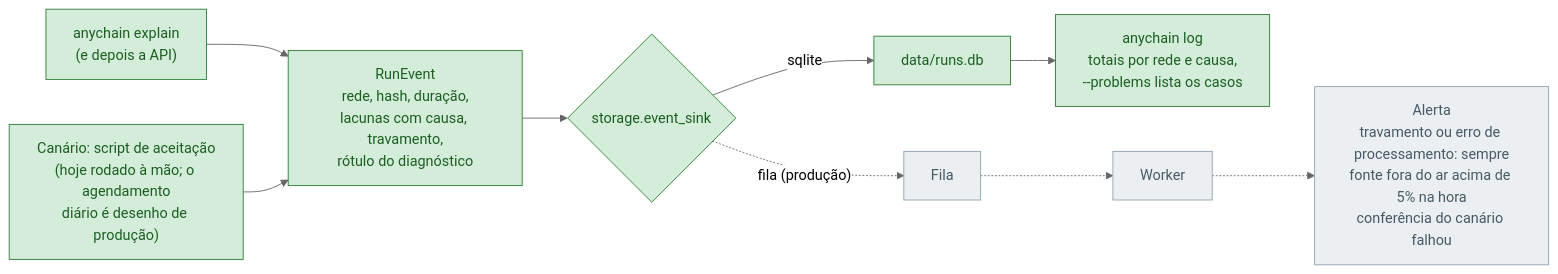
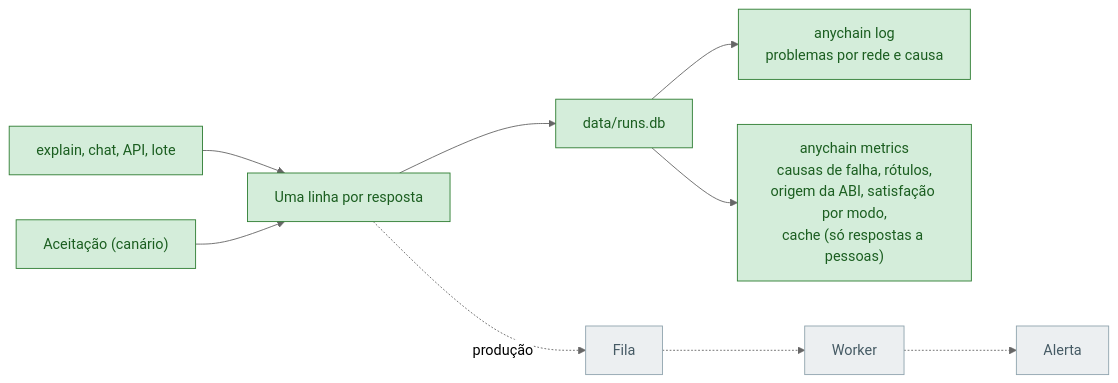
One commit to Ebaoj/anychain changed the ninth of 9 diagrams in docs/ARCHITECTURE.pt-BR.md. Above: the diagram before and after it, drawn with Mermaid (neutral theme). The commit also changed other lines of this file, not shown here.

Commit message:
Architecture (pt-BR): Phase 3 up to T5, a one-minute overview, how the diagnosis decides, the chat, quality

````diff
--- a/docs/ARCHITECTURE.pt-BR.md
+++ b/docs/ARCHITECTURE.pt-BR.md
@@ -236,16 +340,16 @@
 ```mermaid
 flowchart LR
-    EX["anychain explain<br/>(e depois a API)"] --> EV["RunEvent<br/>rede, hash, duração,<br/>lacunas com causa, travamento,<br/>rótulo do diagnóstico"]
-    CAN["Canário: script de aceitação<br/>(hoje rodado à mão; o agendamento<br/>diário é desenho de produção)"] --> EV
-    EV --> SINK{"storage.event_sink"}
-    SINK -->|sqlite| DBL["data/runs.db"]
-    DBL --> Q["anychain log<br/>totais por rede e causa,<br/>--problems lista os casos"]
-    SINK -.->|"fila (produção)"| QUEUE["Fila"]
+    EX["explain, chat, API, lote"] --> EV["Uma linha por resposta"]
+    CAN["Aceitação (canário)"] --> EV
+    EV --> DBL["data/runs.db"]
+    DBL --> Q["anychain log<br/>problemas por rede e causa"]
+    DBL --> MT["anychain metrics<br/>causas de falha, rótulos,<br/>origem da ABI, satisfação por modo,<br/>cache (só respostas a pessoas)"]
+    EV -.->|"produção"| QUEUE["Fila"]
     QUEUE -.-> W["Worker"]
-    W -.-> AL["Alerta<br/>travamento ou erro de processamento: sempre<br/>fonte fora do ar acima de 5% na hora<br/>conferência do canário falhou"]
+    W -.-> AL["Alerta"]
 
     classDef done fill:#d4edda,stroke:#2e7d32,color:#1b5e20
     classDef later fill:#eceff1,stroke:#90a4ae,color:#455a64
-    class EX,EV,CAN,SINK,DBL,Q done
+    class EX,EV,CAN,DBL,Q,MT done
     class QUEUE,W,AL later
 ```
````
